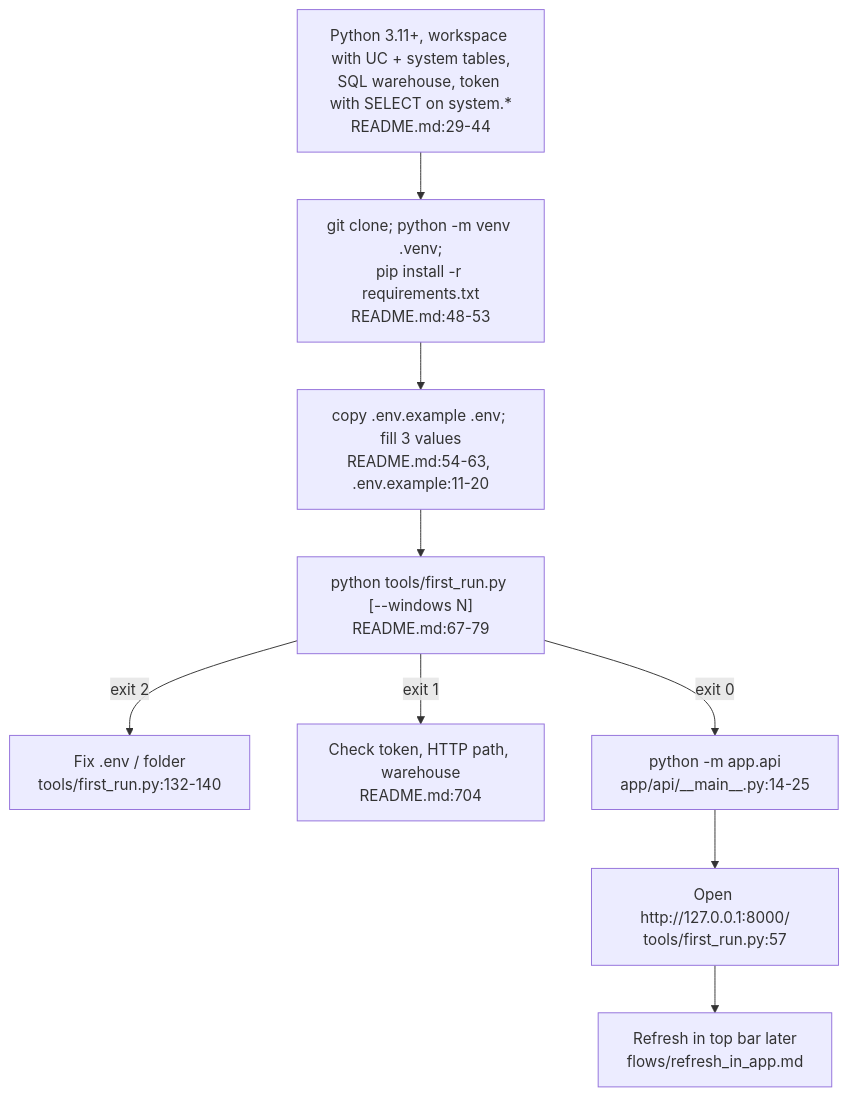
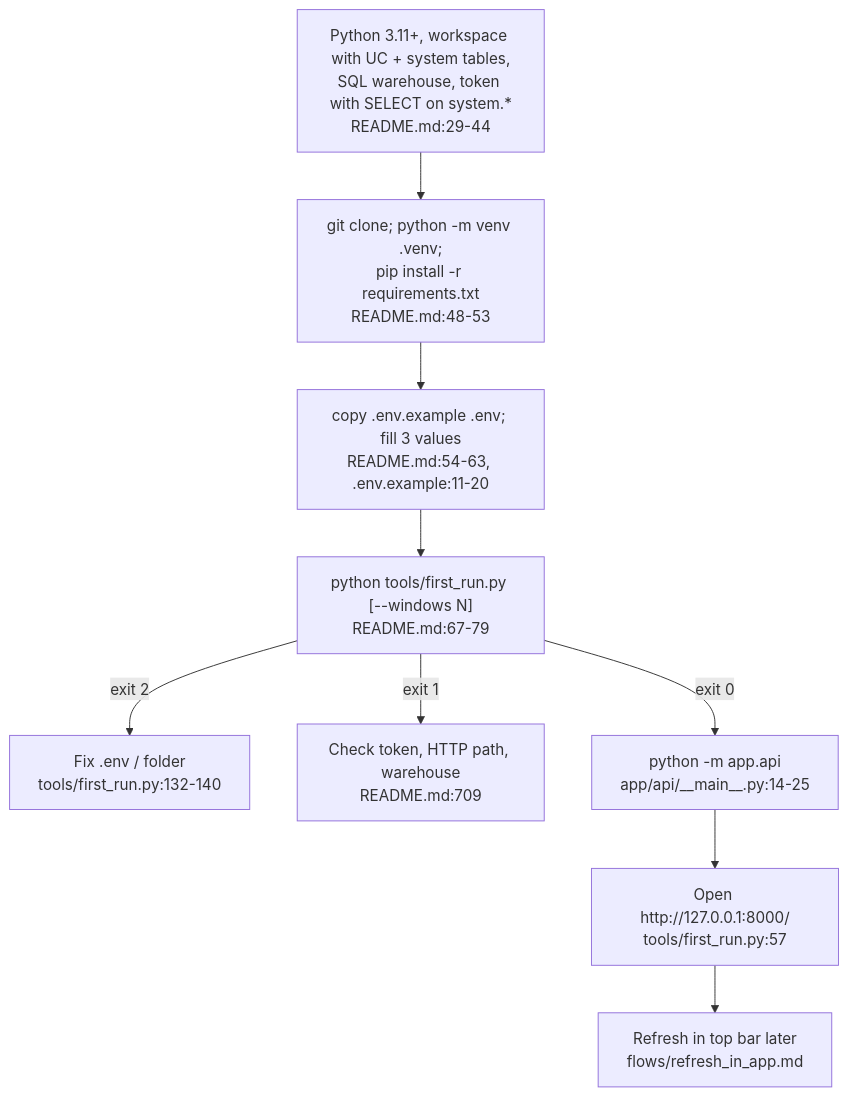
The diagram in databricks-audit-app-knowledge-graph/processes/run_locally.md (darshanmeel/databricks-audit-app), drawn with Mermaid before and after one commit. The commit also changed other lines of this file and 94 other files, not shown here.

First line of the commit message:
Graph and technical doc updated for the review fixes: 8,352 nodes and 23,453 edges

````diff
--- a/databricks-audit-app-knowledge-graph/processes/run_locally.md
+++ b/databricks-audit-app-knowledge-graph/processes/run_locally.md
@@ -5,11 +5,11 @@
 ```mermaid
 flowchart TD
   A["Python 3.11+, workspace with UC + system tables,<br/>SQL warehouse, token with SELECT on system.*<br/>README.md:29-44"] --> B["git clone; python -m venv .venv;<br/>pip install -r requirements.txt<br/>README.md:48-53"]
   B --> C["copy .env.example .env; fill 3 values<br/>README.md:54-63, .env.example:11-20"]
   C --> D["python tools/first_run.py [--windows N]<br/>README.md:67-79"]
   D -->|exit 2| E["Fix .env / folder<br/>tools/first_run.py:132-140"]
-  D -->|exit 1| F["Check token, HTTP path, warehouse<br/>README.md:704"]
+  D -->|exit 1| F["Check token, HTTP path, warehouse<br/>README.md:709"]
   D -->|exit 0| G["python -m app.api<br/>app/api/__main__.py:14-25"]
   G --> H["Open http://127.0.0.1:8000/<br/>tools/first_run.py:57"]
   H --> I["Refresh in top bar later<br/>flows/refresh_in_app.md"]
 ```
````
